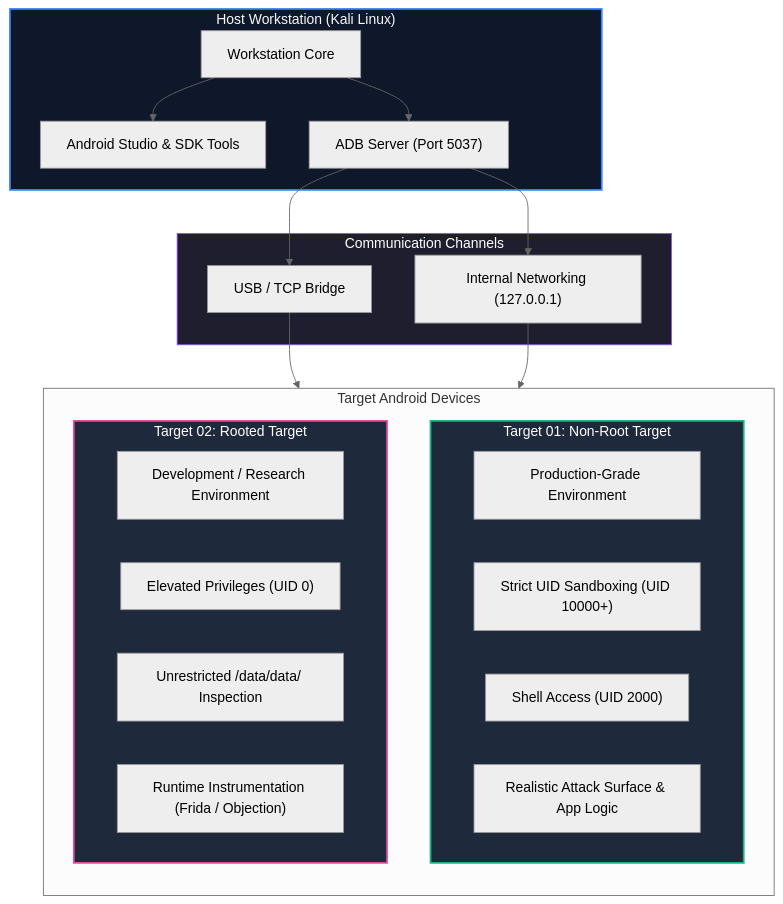
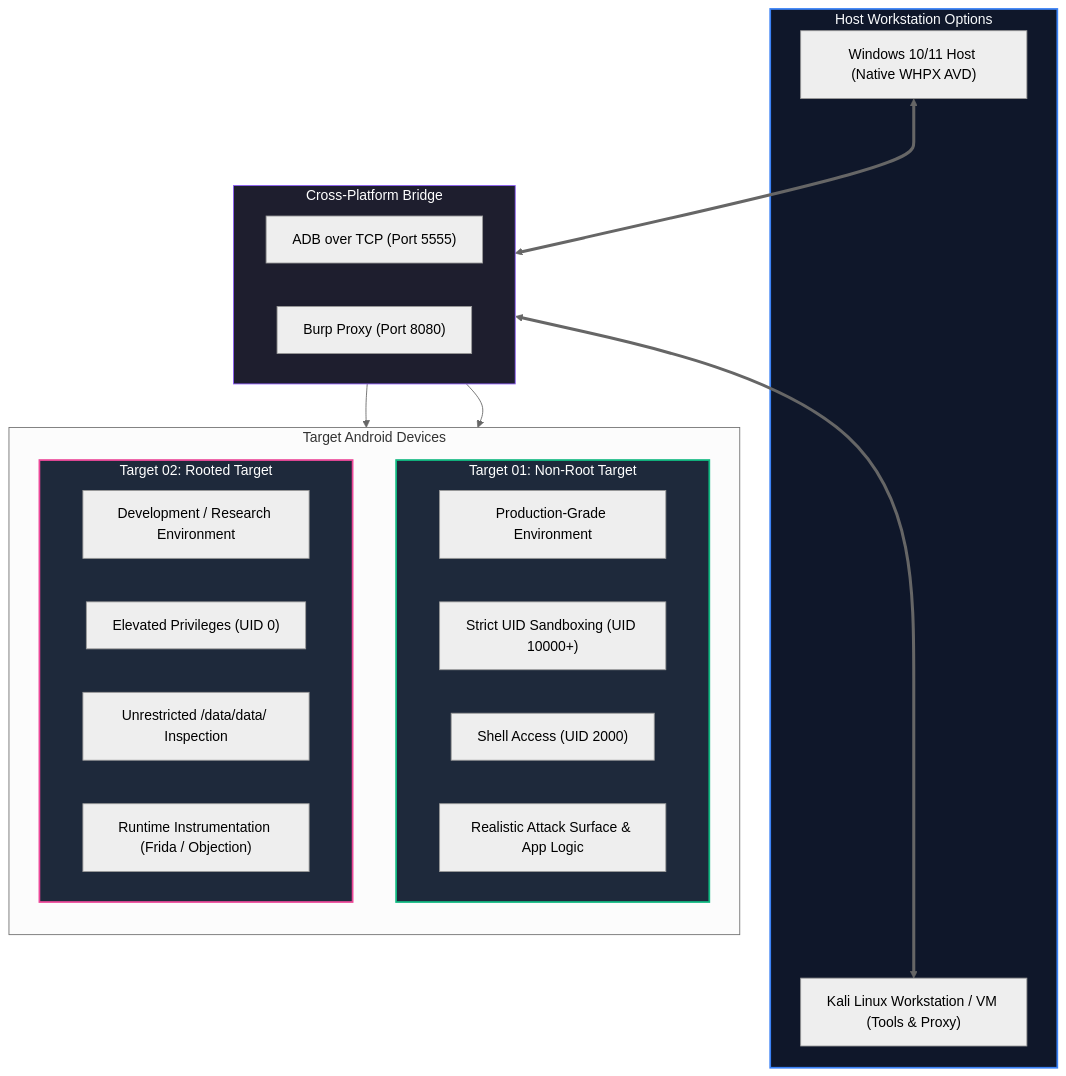
Before and after one commit to sivaoffl04/Cyber-Blog: the first of 7 diagrams in Android_pentest/Android Studio, ADB, Root & Non-Root Lab Setup/Android_Pentest_Part_2.md, drawn with Mermaid (neutral theme). The commit also changed other lines of this file and 27 other files, not shown here.

First line of the commit message:
feat(android-pentest): enhance course into comprehensive cross-platform security lab

````diff
--- a/Android_pentest/Android Studio, ADB, Root & Non-Root Lab Setup/Android_Pentest_Part_2.md
+++ b/Android_pentest/Android Studio, ADB, Root & Non-Root Lab Setup/Android_Pentest_Part_2.md
@@ -38,43 +40,39 @@
 ```mermaid
 
 flowchart TD
-    subgraph Host["Host Workstation (Kali Linux)"]
-        WS["Workstation Core"]
-        AS["Android Studio & SDK Tools"]
-        ADBS["ADB Server (Port 5037)"]
-        WS --> AS
-        WS --> ADBS
+    subgraph Host["Host Workstation Options"]
+        WS_WIN["Windows 10/11 Host (Native WHPX AVD)"]
+        WS_KALI["Kali Linux Workstation / VM (Tools & Proxy)"]
     end
 
-    subgraph Bridges["Communication Channels"]
-        USB["USB / TCP Bridge"]
-        TCP["Internal Networking (127.0.0.1)"]
-        ADBS --> USB
-        ADBS --> TCP
+    subgraph Bridges["Cross-Platform Bridge"]
+        ADB_TCP["ADB over TCP (Port 5555)"]
+        BURP_TCP["Burp Proxy (Port 8080)"]
     end
 
     subgraph Targets["Target Android Devices"]
         direction TB
         subgraph Target1["Target 01: Non-Root Target"]
             NR["Production-Grade Environment"]
             NR_SANDBOX["Strict UID Sandboxing (UID 10000+)"]
             NR_SHELL["Shell Access (UID 2000)"]
             NR_TEST["Realistic Attack Surface & App Logic"]
         end
 
         subgraph Target2["Target 02: Rooted Target"]
             RT["Development / Research Environment"]
             RT_ROOT["Elevated Privileges (UID 0)"]
             RT_STORAGE["Unrestricted /data/data/ Inspection"]
             RT_HOOK["Runtime Instrumentation (Frida / Objection)"]
         end
     end
 
-    USB --> Target1
-    TCP --> Target2
+    WS_WIN <===> Bridges <===> WS_KALI
+    Bridges --> Target1
+    Bridges --> Target2
 
     style Host fill:#0f172a,stroke:#3b82f6,stroke-width:2px,color:#f8fafc
     style Target1 fill:#1e293b,stroke:#10b981,stroke-width:2px,color:#fff
     style Target2 fill:#1e293b,stroke:#ec4899,stroke-width:2px,color:#fff
     style Bridges fill:#1e1e2e,stroke:#8b5cf6,stroke-width:1px,color:#fff
 ```
````
